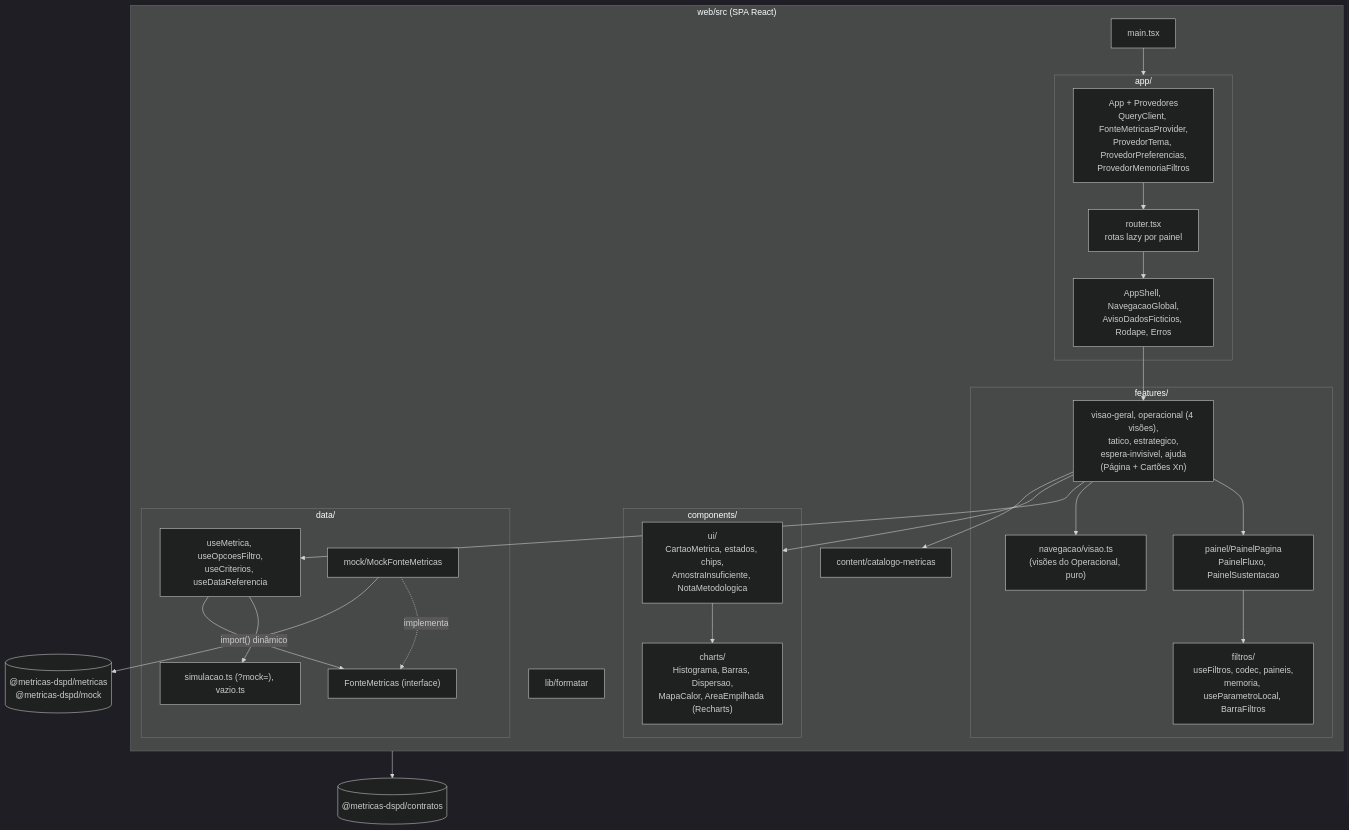
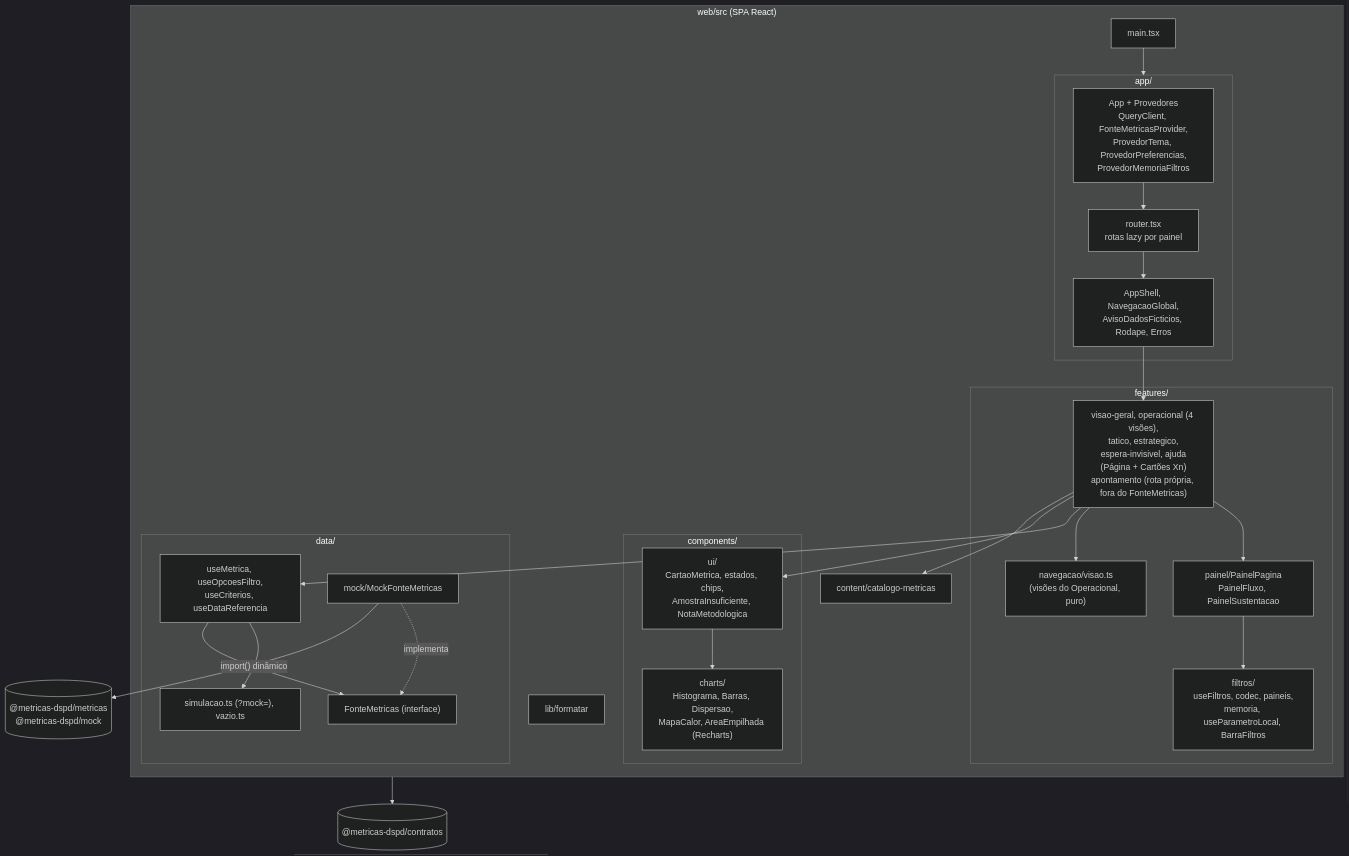
Before and after one commit to rodrigo-isensee/MetricasDSPD: the first of 4 diagrams in docs/tecnica/arquitetura-front.md, drawn with Mermaid (dark theme). The commit also changed other lines of this file, not shown here.

First line of the commit message:
docs(tecnica): aba Apontamento na arquitetura do front (059, E2.35)

````diff
--- a/docs/tecnica/arquitetura-front.md
+++ b/docs/tecnica/arquitetura-front.md
@@ -7,40 +7,40 @@
 ```mermaid
 flowchart TB
   subgraph web["web/src (SPA React)"]
     main["main.tsx"] --> app
     subgraph app["app/"]
       App["App + Provedores<br/>QueryClient, FonteMetricasProvider,<br/>ProvedorTema, ProvedorPreferencias,<br/>ProvedorMemoriaFiltros"]
       router["router.tsx<br/>rotas lazy por painel"]
       shell["AppShell, NavegacaoGlobal,<br/>AvisoDadosFicticios, Rodape, Erros"]
     end
     subgraph features["features/"]
-      paginas["visao-geral, operacional (4 visões),<br/>tatico, estrategico,<br/>espera-invisivel, ajuda<br/>(Página + Cartões Xn)"]
+      paginas["visao-geral, operacional (4 visões),<br/>tatico, estrategico,<br/>espera-invisivel, ajuda<br/>(Página + Cartões Xn)<br/>apontamento (rota própria, fora do FonteMetricas)"]
       nav["navegacao/visao.ts<br/>(visões do Operacional, puro)"]
       painel["painel/PainelPagina<br/>PainelFluxo, PainelSustentacao"]
       filtros["filtros/<br/>useFiltros, codec, paineis,<br/>memoria, useParametroLocal, BarraFiltros"]
     end
     subgraph comps["components/"]
       ui["ui/<br/>CartaoMetrica, estados, chips,<br/>AmostraInsuficiente, NotaMetodologica"]
       charts["charts/<br/>Histograma, Barras, Dispersao,<br/>MapaCalor, AreaEmpilhada (Recharts)"]
     end
     subgraph data["data/"]
       porta["FonteMetricas (interface)"]
       hooks["useMetrica, useOpcoesFiltro,<br/>useCriterios, useDataReferencia"]
       sim["simulacao.ts (?mock=), vazio.ts"]
       mockf["mock/MockFonteMetricas"]
     end
     content["content/catalogo-metricas"]
     lib["lib/formatar"]
   end
   App --> router --> shell --> paginas
   paginas --> painel --> filtros
   paginas --> nav
   paginas --> hooks
   paginas --> ui --> charts
   paginas --> content
   hooks --> sim
   hooks --> porta
   mockf -.implementa.-> porta
   mockf -->|"import() dinâmico"| pkgs[("@metricas-dspd/metricas<br/>@metricas-dspd/mock")]
   web --> contratos[("@metricas-dspd/contratos")]
 ```
````
